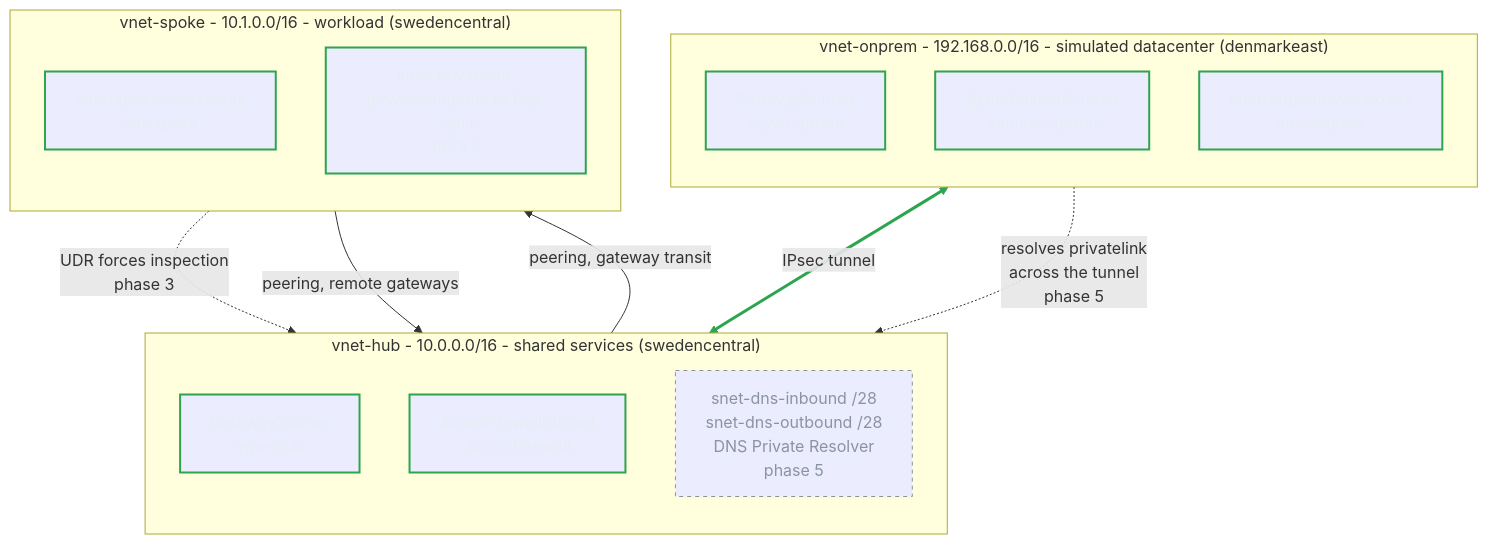
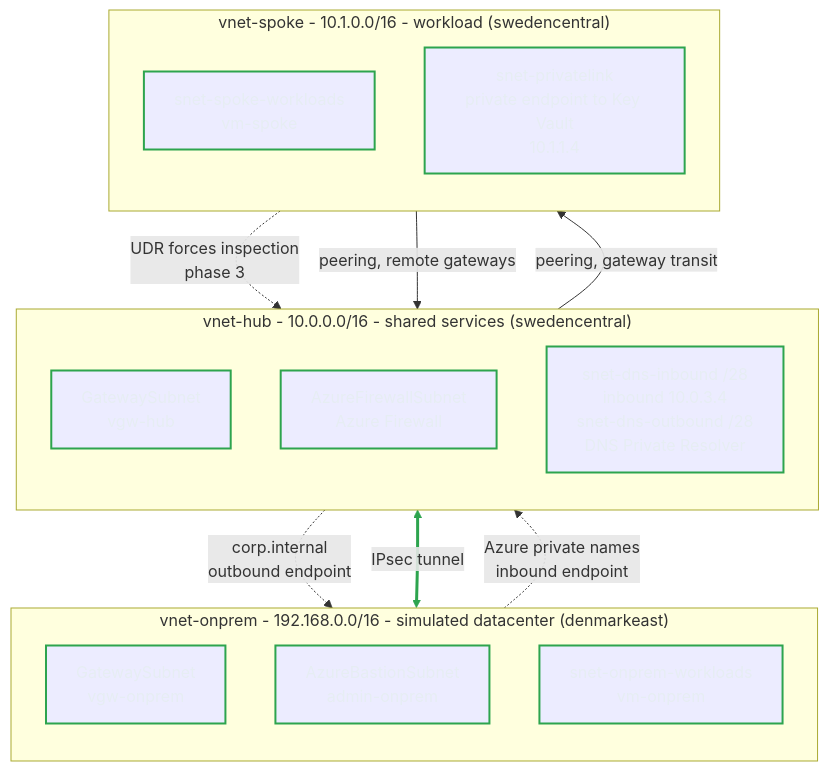
One commit to sindredg/hybrid-network-az changed the diagram in README.md. Above: the diagram before and after it, drawn with Mermaid. The commit also changed other lines of this file and 31 other files, not shown here.

````diff
--- a/README.md
+++ b/README.md
@@ -31,34 +34,33 @@
 ```mermaid
 flowchart TB
     subgraph OP["vnet-onprem - 192.168.0.0/16 - simulated datacenter (denmarkeast)"]
         direction TB
         OGW["GatewaySubnet<br/>vgw-onprem"]
         HBA["AzureBastionSubnet<br/>admin-onprem"]
         OVM["snet-onprem-workloads<br/>vm-onprem"]
     end
 
     subgraph HUB["vnet-hub - 10.0.0.0/16 - shared services (swedencentral)"]
         direction TB
         HGW["GatewaySubnet<br/>vgw-hub"]
         HFW["AzureFirewallSubnet<br/>Azure Firewall"]
-        HDN["snet-dns-inbound /28<br/>snet-dns-outbound /28<br/>DNS Private Resolver<br/>phase 5"]
+        HDN["snet-dns-inbound /28<br/>inbound 10.0.3.4<br/>snet-dns-outbound /28<br/>DNS Private Resolver"]
     end
 
     subgraph SP["vnet-spoke - 10.1.0.0/16 - workload (swedencentral)"]
         direction TB
         SVM["snet-spoke-workloads<br/>vm-spoke"]
         SPL["snet-privatelink<br/>private endpoint to Key Vault<br/>10.1.1.4"]
     end
 
     OGW <-->|"IPsec tunnel"| HGW
     HUB -->|"peering, gateway transit"| SP
     SP -->|"peering, remote gateways"| HUB
     SVM -.->|"UDR forces inspection<br/>phase 3"| HFW
-    OVM -.->|"resolves privatelink<br/>across the tunnel<br/>phase 5"| HDN
+    OVM -.->|"Azure private names<br/>inbound endpoint"| HDN
+    HDN -.->|"corp.internal<br/>outbound endpoint"| OVM
 
     classDef built stroke:#2da44e,stroke-width:2px,color:#e6edf3
-    classDef planned stroke:#8b949e,stroke-width:1px,stroke-dasharray:4 4,color:#8b949e
-    class OGW,OVM,HGW,HBA,SVM,HFW,SPL built
-    class HDN planned
+    class OGW,OVM,HGW,HBA,SVM,HFW,SPL,HDN built
     linkStyle 0 stroke-width:3px,stroke:#2da44e
 ```
````
